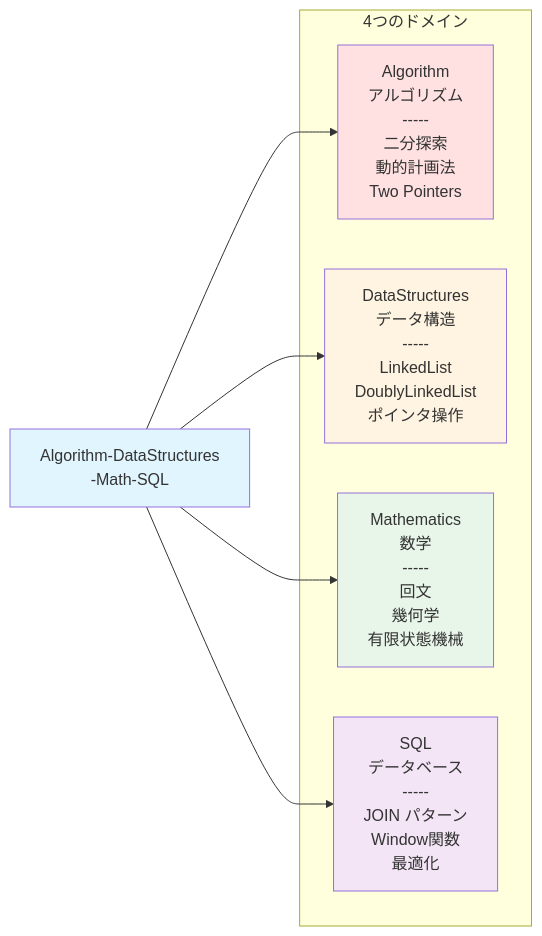
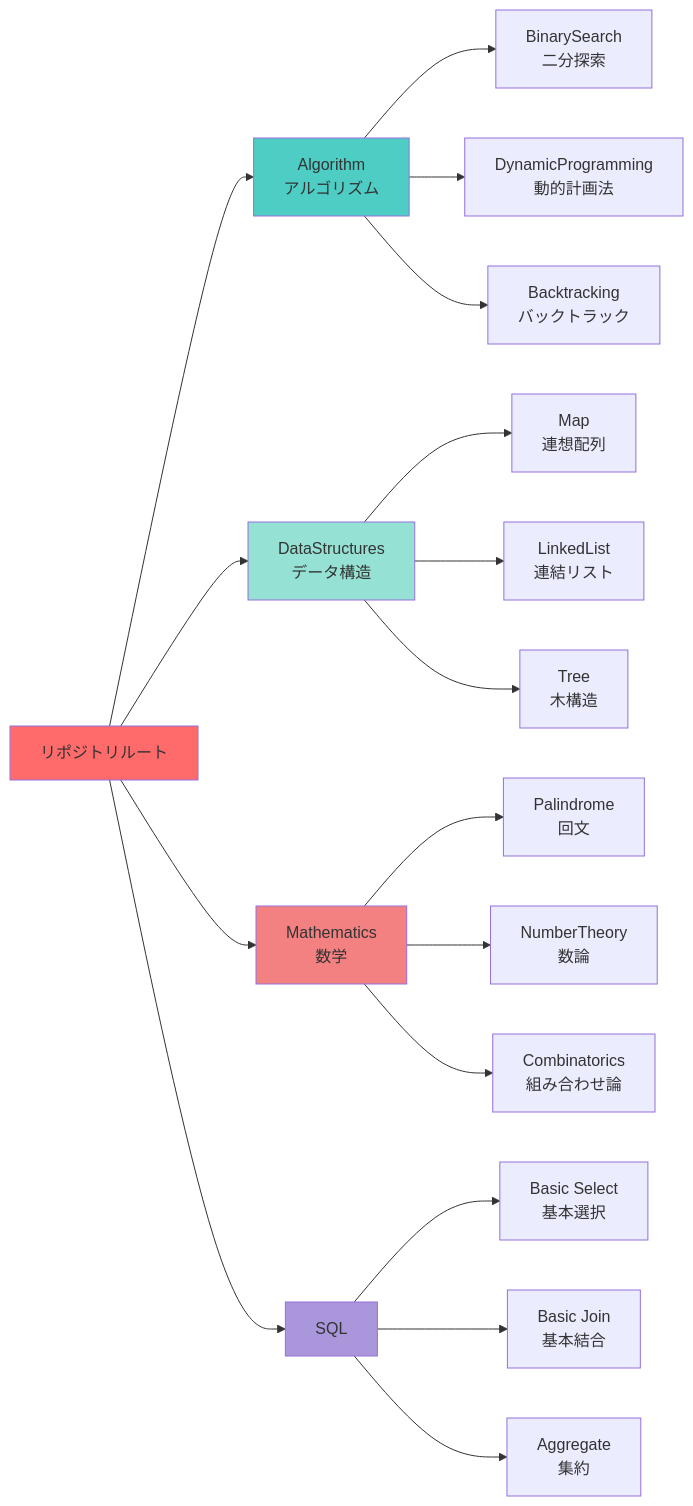
The second of 9 diagrams in README.md (myoshi2891/Algorithm-DataStructures-Math-SQL), drawn with Mermaid before and after one commit. The commit also changed other lines of this file, not shown here.

````diff
--- a/README.md
+++ b/README.md
@@ -88,22 +116,29 @@
 ```mermaid
 graph LR
-    Root[Algorithm-DataStructures<br/>-Math-SQL]
-
-    subgraph Domains[4つのドメイン]
-        Algo[Algorithm<br/>アルゴリズム<br/>-----<br/>二分探索<br/>動的計画法<br/>Two Pointers]
-        DS[DataStructures<br/>データ構造<br/>-----<br/>LinkedList<br/>DoublyLinkedList<br/>ポインタ操作]
-        Math[Mathematics<br/>数学<br/>-----<br/>回文<br/>幾何学<br/>有限状態機械]
-        SQL[SQL<br/>データベース<br/>-----<br/>JOIN パターン<br/>Window関数<br/>最適化]
-    end
-
-    Root --> Algo
-    Root --> DS
-    Root --> Math
-    Root --> SQL
-
-    style Root fill:#e1f5ff
-    style Algo fill:#ffe1e1
-    style DS fill:#fff4e1
-    style Math fill:#e8f5e9
-    style SQL fill:#f3e5f5
+    Root[リポジトリルート] --> A[Algorithm<br/>アルゴリズム]
+    Root --> D[DataStructures<br/>データ構造]
+    Root --> M[Mathematics<br/>数学]
+    Root --> S[SQL]
+    
+    A --> A1[BinarySearch<br/>二分探索]
+    A --> A2[DynamicProgramming<br/>動的計画法]
+    A --> A3[Backtracking<br/>バックトラック]
+    
+    D --> D1[Map<br/>連想配列]
+    D --> D2[LinkedList<br/>連結リスト]
+    D --> D3[Tree<br/>木構造]
+    
+    M --> M1[Palindrome<br/>回文]
+    M --> M2[NumberTheory<br/>数論]
+    M --> M3[Combinatorics<br/>組み合わせ論]
+    
+    S --> S1[Basic Select<br/>基本選択]
+    S --> S2[Basic Join<br/>基本結合]
+    S --> S3[Aggregate<br/>集約]
+    
+    style Root fill:#ff6b6b
+    style A fill:#4ecdc4
+    style D fill:#95e1d3
+    style M fill:#f38181
+    style S fill:#aa96da
 ```
````
